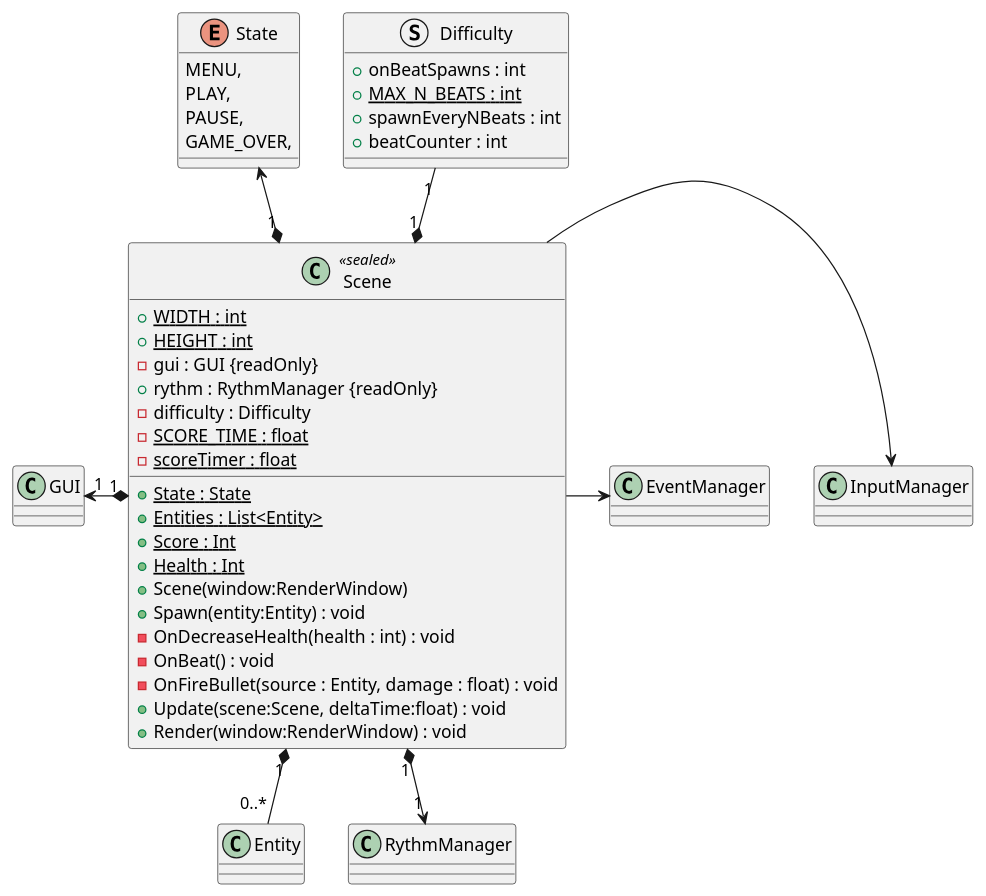
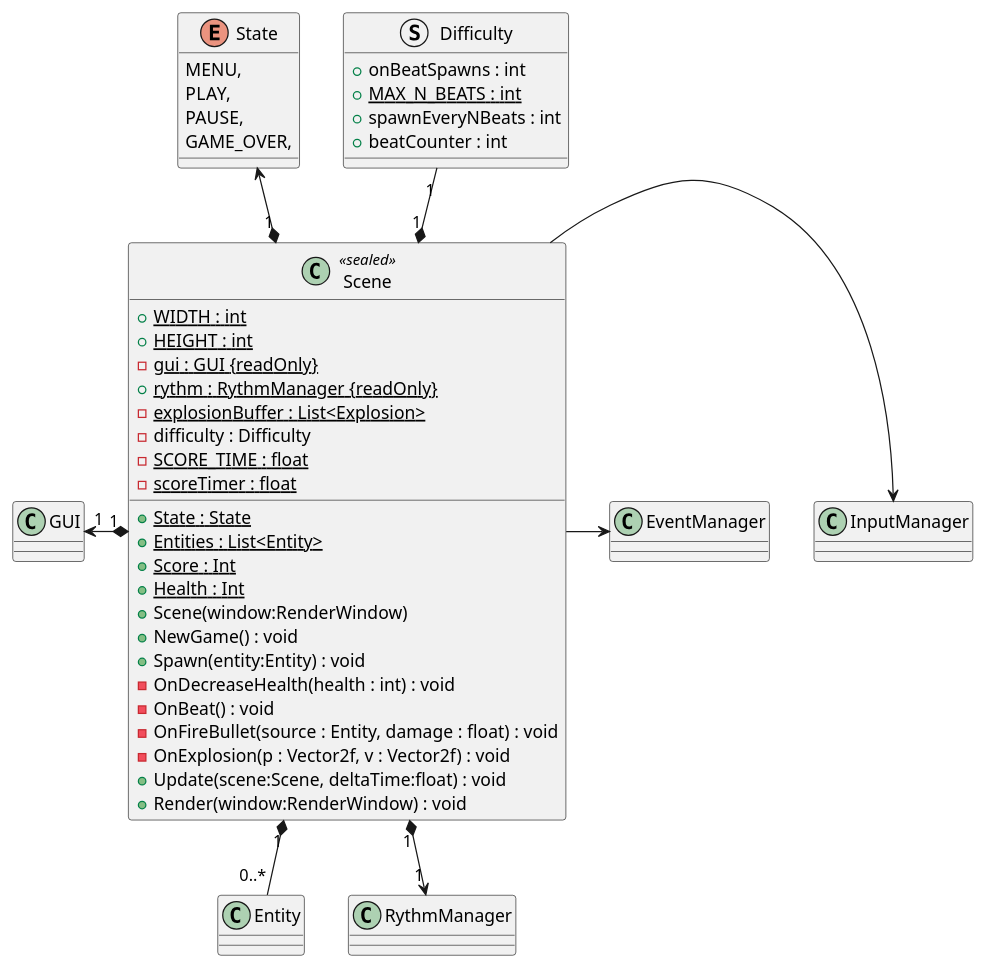
One commit to Ruby1405/PaceInvaders changed the diagram in plantuml/Scene.puml. Above: the diagram before and after it, drawn with PlantUML. The commit also changed 17 other files, not shown here.

Commit message:
touchups and class diagram

```diff
--- a/plantuml/Scene.puml
+++ b/plantuml/Scene.puml
@@ -1,41 +1,44 @@
 @startuml
 enum State {
     MENU,
     PLAY,
     PAUSE,
     GAME_OVER,
 }
 struct Difficulty {
     + onBeatSpawns : int
     + {static} MAX_N_BEATS : int
     + spawnEveryNBeats : int
     + beatCounter : int
 }
 class Scene <<sealed>> {
     + {static} WIDTH : int
     + {static} HEIGHT : int
-    - gui : GUI {readOnly}
-    + rythm : RythmManager {readOnly}
+    - {static} gui : GUI {readOnly}
+    + {static} rythm : RythmManager {readOnly}
+    - {static} explosionBuffer : List<Explosion>
     - difficulty : Difficulty
     - {static} SCORE_TIME : float
     - {static} scoreTimer : float
     + {static} {method} State : State
     + {static} {method} Entities : List<Entity>
     + {static} {method} Score : Int
     + {static} {method} Health : Int
     + Scene(window:RenderWindow)
+    + NewGame() : void
     + Spawn(entity:Entity) : void
     - OnDecreaseHealth(health : int) : void
     - OnBeat() : void
     - OnFireBullet(source : Entity, damage : float) : void
+    - OnExplosion(p : Vector2f, v : Vector2f) : void
     + Update(scene:Scene, deltaTime:float) : void
     + Render(window:RenderWindow) : void
 }
 State <--* "1" Scene
 GUI "1" <-* "1" Scene
 Difficulty "1" --* "1" Scene
 Scene "1" *-- "0..*" Entity
 Scene -> InputManager
 Scene "1" *--> "1" RythmManager
 Scene -> EventManager
 @enduml
```
